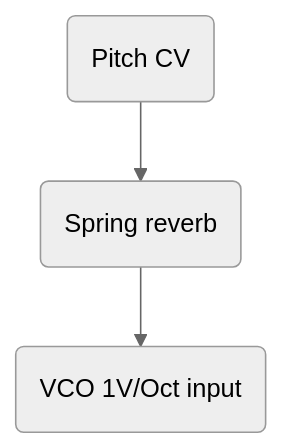
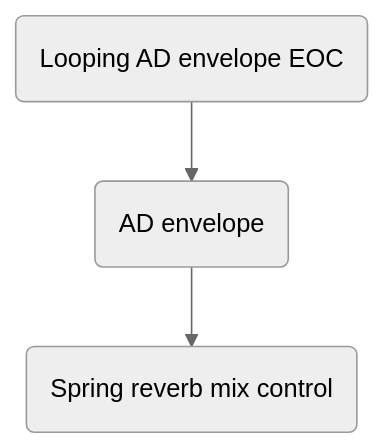
One commit to aidanreilly/man_synth changed the fourth of 4 diagrams in _drafts/spring-thing.md. Above: the diagram before and after it, drawn with Mermaid (neutral theme). The commit also changed other lines of this file and 8 other files, not shown here.

```diff
--- a/_drafts/spring-thing.md
+++ b/_drafts/spring-thing.md
@@ -53,5 +61,5 @@
 <div class="mermaid">
 graph TD;
-A(Pitch CV) --> B(Spring reverb)
-B(Spring reverb)-->C(VCO 1V/Oct input)
+A(Looping AD envelope EOC) --> B(AD envelope)
+B(AD envelope)-->C(Spring reverb mix control)
 </div>
```
